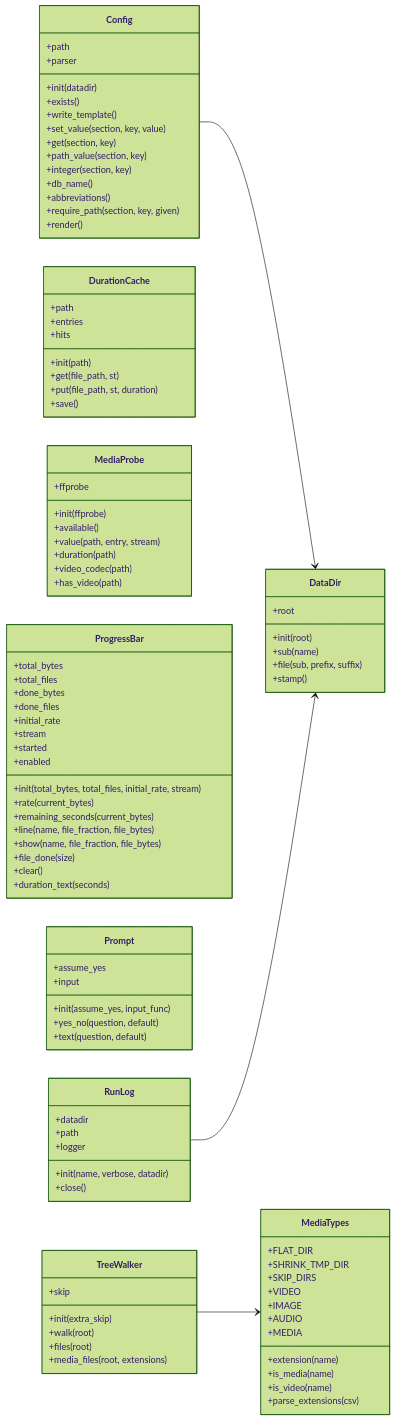
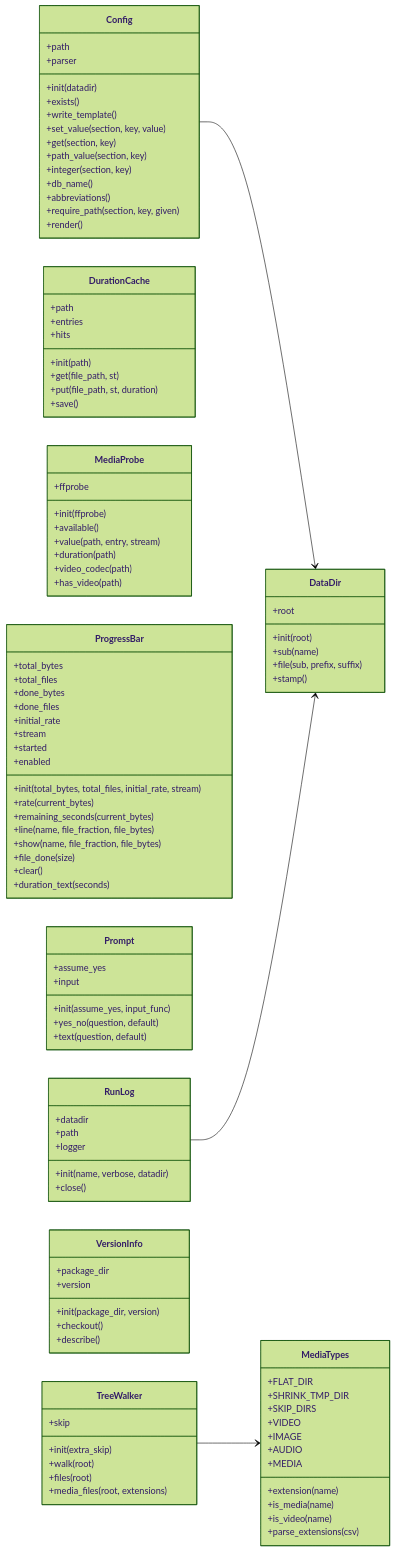
One commit to peddanet/mediatools changed the diagram in docs/img/uml_core.mmd. Above: the diagram before and after it, drawn with Mermaid (forest theme). The commit also changed 10 other files, not shown here.

```diff
--- a/docs/img/uml_core.mmd
+++ b/docs/img/uml_core.mmd
@@ -1,97 +1,104 @@
 classDiagram
   direction LR
   class Config {
     +path
     +parser
     +init(datadir)
     +exists()
     +write_template()
     +set_value(section, key, value)
     +get(section, key)
     +path_value(section, key)
     +integer(section, key)
     +db_name()
     +abbreviations()
     +require_path(section, key, given)
     +render()
   }
   class DataDir {
     +root
     +init(root)
     +sub(name)
     +file(sub, prefix, suffix)
     +stamp()
   }
   class DurationCache {
     +path
     +entries
     +hits
     +init(path)
     +get(file_path, st)
     +put(file_path, st, duration)
     +save()
   }
   class MediaTypes {
     +FLAT_DIR
     +SHRINK_TMP_DIR
     +SKIP_DIRS
     +VIDEO
     +IMAGE
     +AUDIO
     +MEDIA
     +extension(name)
     +is_media(name)
     +is_video(name)
     +parse_extensions(csv)
   }
   class MediaProbe {
     +ffprobe
     +init(ffprobe)
     +available()
     +value(path, entry, stream)
     +duration(path)
     +video_codec(path)
     +has_video(path)
   }
   class ProgressBar {
     +total_bytes
     +total_files
     +done_bytes
     +done_files
     +initial_rate
     +stream
     +started
     +enabled
     +init(total_bytes, total_files, initial_rate, stream)
     +rate(current_bytes)
     +remaining_seconds(current_bytes)
     +line(name, file_fraction, file_bytes)
     +show(name, file_fraction, file_bytes)
     +file_done(size)
     +clear()
     +duration_text(seconds)
   }
   class Prompt {
     +assume_yes
     +input
     +init(assume_yes, input_func)
     +yes_no(question, default)
     +text(question, default)
   }
   class RunLog {
     +datadir
     +path
     +logger
     +init(name, verbose, datadir)
     +close()
   }
+  class VersionInfo {
+    +package_dir
+    +version
+    +init(package_dir, version)
+    +checkout()
+    +describe()
+  }
   class TreeWalker {
     +skip
     +init(extra_skip)
     +walk(root)
     +files(root)
     +media_files(root, extensions)
   }
   Config --> DataDir
   RunLog --> DataDir
   TreeWalker --> MediaTypes
```
